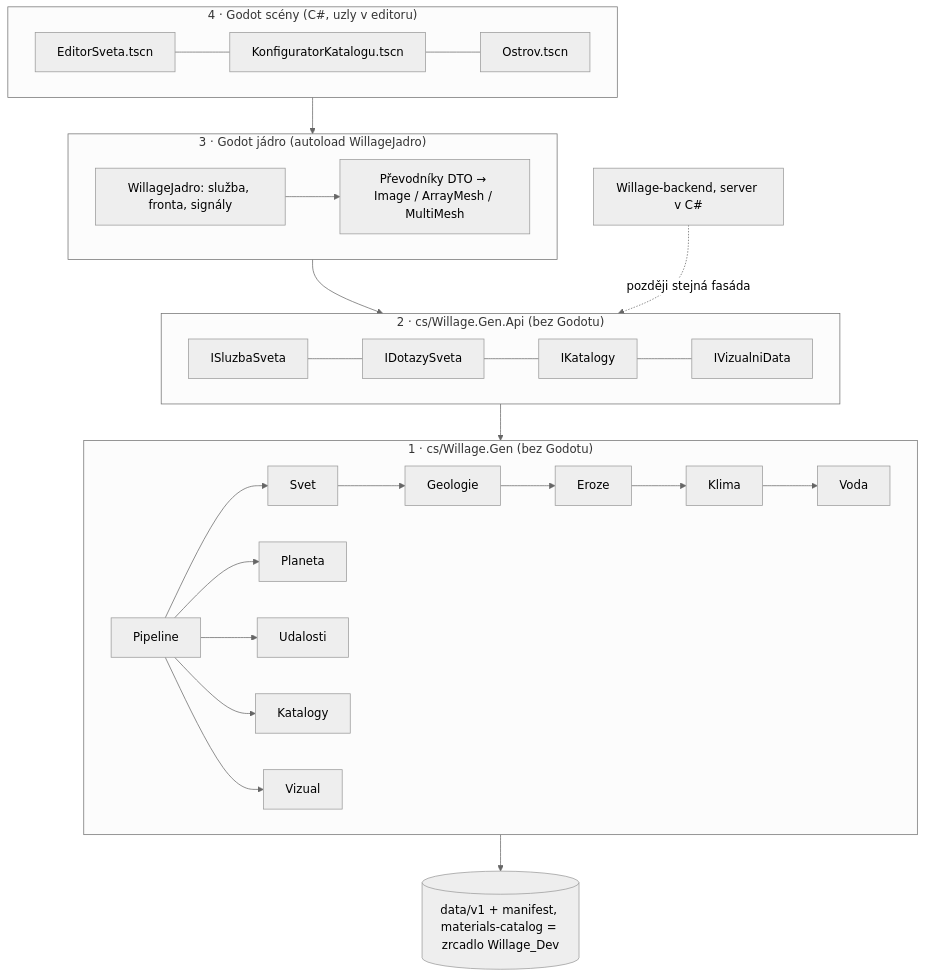
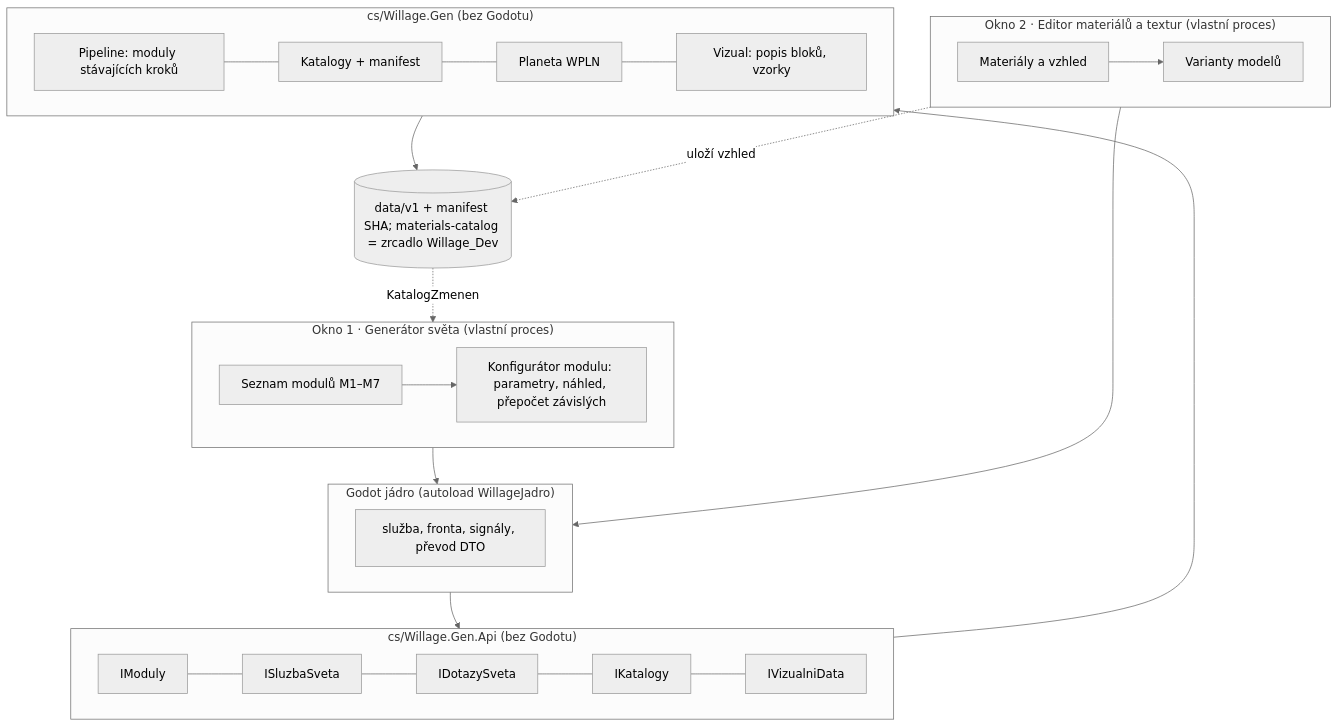
One commit to Utalag/Willage_Client changed the first of 3 diagrams in docs/sjednoceni/05-plan-generator-editory.md. Above: the diagram before and after it, drawn with Mermaid (neutral theme). The commit also changed other lines of this file and 6 other files, not shown here.

Commit message:
plan05 revize 2: moduly M0–M7, dvě samostatná okna, varianty modelů, pořadí fází; oprava 04 (4096 m × torus planety), 7d strop hladiny u pobřeží

````diff
--- a/docs/sjednoceni/05-plan-generator-editory.md
+++ b/docs/sjednoceni/05-plan-generator-editory.md
@@ -67,20 +82,24 @@
 ```mermaid
 flowchart TB
-  subgraph G4["4 · Godot scény (C#, uzly v editoru)"]
-    ES[EditorSveta.tscn] --- KK[KonfiguratorKatalogu.tscn] --- OS[Ostrov.tscn]
+  subgraph W1["Okno 1 · Generátor světa (vlastní proces)"]
+    ML[Seznam modulů M1–M7] --> KM[Konfigurátor modulu: parametry, náhled, přepočet závislých]
   end
-  subgraph G3["3 · Godot jádro (autoload WillageJadro)"]
-    J[WillageJadro: služba, fronta, signály] --> P[Převodníky DTO → Image / ArrayMesh / MultiMesh]
+  subgraph W2["Okno 2 · Editor materiálů a textur (vlastní proces)"]
+    MT[Materiály a vzhled] --> VM[Varianty modelů]
   end
-  subgraph G2["2 · cs/Willage.Gen.Api (bez Godotu)"]
-    S[ISluzbaSveta] --- D[IDotazySveta] --- K[IKatalogy] --- V[IVizualniData]
+  subgraph J["Godot jádro (autoload WillageJadro)"]
+    JS[služba, fronta, signály, převod DTO]
   end
-  subgraph G1["1 · cs/Willage.Gen (bez Godotu)"]
-    PL[Pipeline] --> SV[Svet] --> GE[Geologie] --> ER[Eroze] --> KL[Klima] --> VO[Voda]
-    PL --> PN[Planeta] & UD[Udalosti] & KA[Katalogy] & VZ[Vizual]
+  subgraph API["cs/Willage.Gen.Api (bez Godotu)"]
+    IM[IModuly] --- IS[ISluzbaSveta] --- ID[IDotazySveta] --- IK[IKatalogy] --- IV[IVizualniData]
   end
-  DATA[("data/v1 + manifest, materials-catalog = zrcadlo Willage_Dev")]
-  G4 --> G3 --> G2 --> G1
-  G1 --> DATA
-  BE["Willage-backend, server v C#"] -. později stejná fasáda .-> G2
+  subgraph LIB["cs/Willage.Gen (bez Godotu)"]
+    PL[Pipeline: moduly stávajících kroků] --- KA[Katalogy + manifest] --- PN[Planeta WPLN] --- VZ[Vizual: popis bloků, vzorky]
+  end
+  W1 --> J
+  W2 --> J
+  J --> API --> LIB
+  LIB --> DATA[("data/v1 + manifest SHA; materials-catalog = zrcadlo Willage_Dev")]
+  W2 -. uloží vzhled .-> DATA
+  DATA -. KatalogZmenen .-> W1
 ```
````
